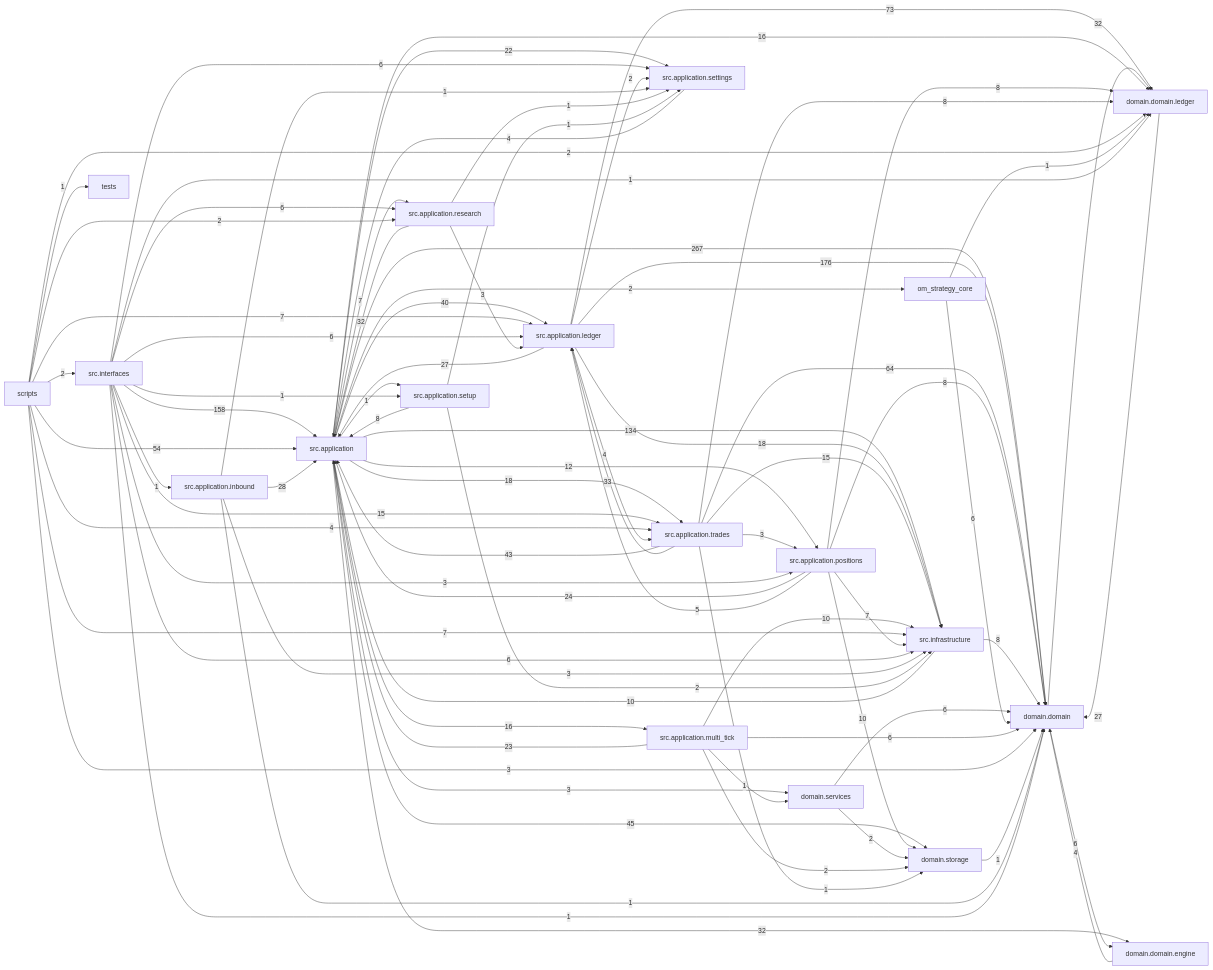
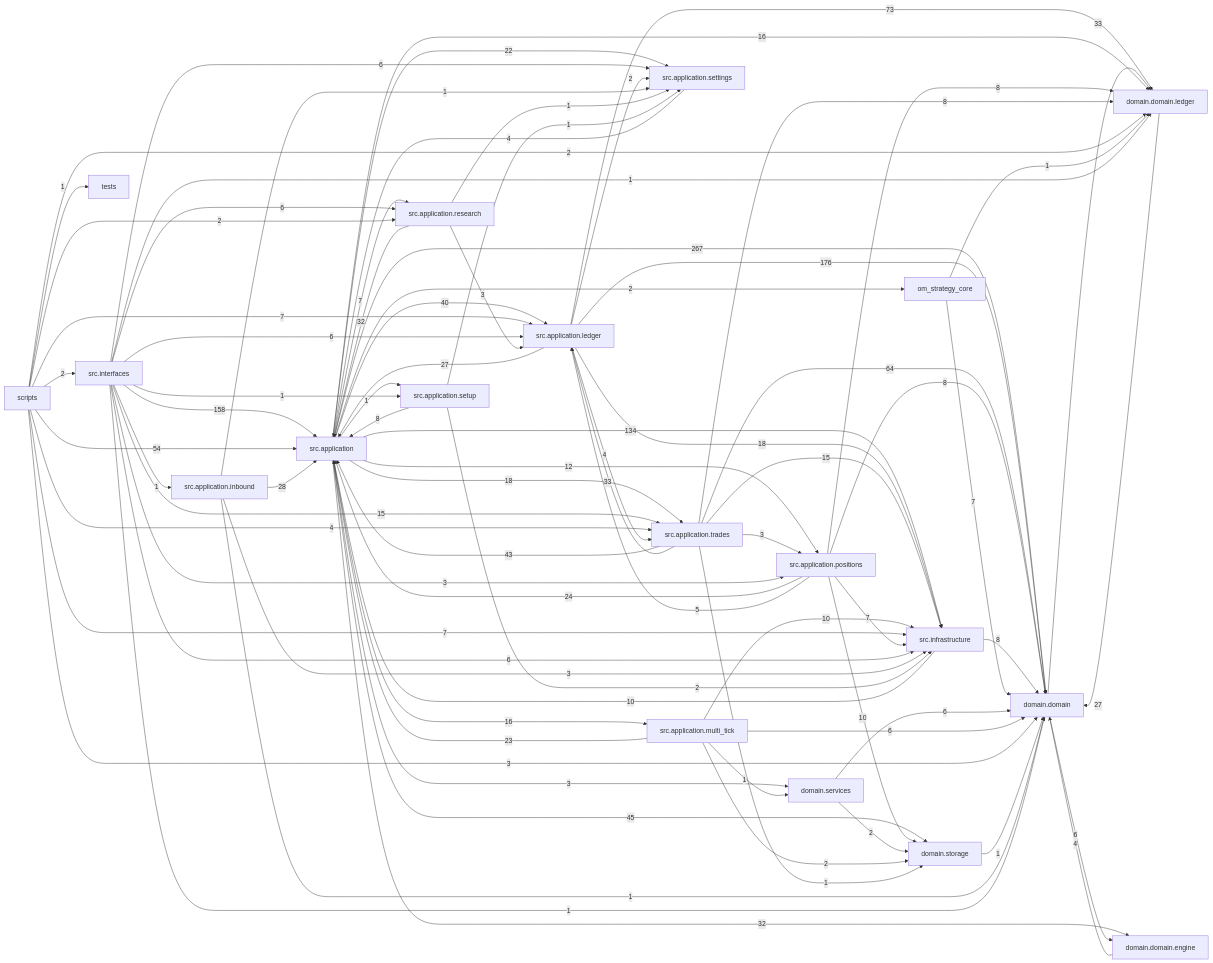
Before and after one commit to liuxie066/options-monitor: the diagram in docs/dependency_graph.mmd, drawn with Mermaid. The commit also changed 6 other files, not shown here.

```diff
--- a/docs/dependency_graph.mmd
+++ b/docs/dependency_graph.mmd
@@ -1,81 +1,81 @@
 flowchart LR
   src_application["src.application"] -->|267| domain_domain["domain.domain"]
   src_application_ledger["src.application.ledger"] -->|176| domain_domain["domain.domain"]
   src_interfaces["src.interfaces"] -->|158| src_application["src.application"]
   src_application["src.application"] -->|134| src_infrastructure["src.infrastructure"]
   src_application_ledger["src.application.ledger"] -->|73| domain_domain_ledger["domain.domain.ledger"]
   src_application_trades["src.application.trades"] -->|64| domain_domain["domain.domain"]
   scripts["scripts"] -->|54| src_application["src.application"]
   src_application["src.application"] -->|45| domain_storage["domain.storage"]
   src_application_trades["src.application.trades"] -->|43| src_application["src.application"]
   src_application["src.application"] -->|40| src_application_ledger["src.application.ledger"]
+  domain_domain["domain.domain"] -->|33| domain_domain_ledger["domain.domain.ledger"]
   src_application_trades["src.application.trades"] -->|33| src_application_ledger["src.application.ledger"]
-  domain_domain["domain.domain"] -->|32| domain_domain_ledger["domain.domain.ledger"]
   src_application["src.application"] -->|32| domain_domain_engine["domain.domain.engine"]
   src_application_research["src.application.research"] -->|32| src_application["src.application"]
   src_application_inbound["src.application.inbound"] -->|28| src_application["src.application"]
   domain_domain_ledger["domain.domain.ledger"] -->|27| domain_domain["domain.domain"]
   src_application_ledger["src.application.ledger"] -->|27| src_application["src.application"]
   src_application_positions["src.application.positions"] -->|24| src_application["src.application"]
   src_application_multi_tick["src.application.multi_tick"] -->|23| src_application["src.application"]
   src_application["src.application"] -->|22| src_application_settings["src.application.settings"]
   src_application["src.application"] -->|18| src_application_trades["src.application.trades"]
   src_application_ledger["src.application.ledger"] -->|18| src_infrastructure["src.infrastructure"]
   src_application["src.application"] -->|16| domain_domain_ledger["domain.domain.ledger"]
   src_application["src.application"] -->|16| src_application_multi_tick["src.application.multi_tick"]
   src_application_trades["src.application.trades"] -->|15| src_infrastructure["src.infrastructure"]
   src_interfaces["src.interfaces"] -->|15| src_application_trades["src.application.trades"]
   src_application["src.application"] -->|12| src_application_positions["src.application.positions"]
   src_application_multi_tick["src.application.multi_tick"] -->|10| src_infrastructure["src.infrastructure"]
   src_application_positions["src.application.positions"] -->|10| domain_storage["domain.storage"]
   src_infrastructure["src.infrastructure"] -->|10| src_application["src.application"]
   src_application_positions["src.application.positions"] -->|8| domain_domain["domain.domain"]
   src_application_positions["src.application.positions"] -->|8| domain_domain_ledger["domain.domain.ledger"]
   src_application_setup["src.application.setup"] -->|8| src_application["src.application"]
   src_application_trades["src.application.trades"] -->|8| domain_domain_ledger["domain.domain.ledger"]
   src_infrastructure["src.infrastructure"] -->|8| domain_domain["domain.domain"]
+  om_strategy_core["om_strategy_core"] -->|7| domain_domain["domain.domain"]
   scripts["scripts"] -->|7| src_application_ledger["src.application.ledger"]
   scripts["scripts"] -->|7| src_infrastructure["src.infrastructure"]
   src_application["src.application"] -->|7| src_application_research["src.application.research"]
   src_application_positions["src.application.positions"] -->|7| src_infrastructure["src.infrastructure"]
   domain_domain["domain.domain"] -->|6| domain_domain_engine["domain.domain.engine"]
   domain_services["domain.services"] -->|6| domain_domain["domain.domain"]
-  om_strategy_core["om_strategy_core"] -->|6| domain_domain["domain.domain"]
   src_application_multi_tick["src.application.multi_tick"] -->|6| domain_domain["domain.domain"]
   src_interfaces["src.interfaces"] -->|6| src_application_ledger["src.application.ledger"]
   src_interfaces["src.interfaces"] -->|6| src_application_research["src.application.research"]
   src_interfaces["src.interfaces"] -->|6| src_application_settings["src.application.settings"]
   src_interfaces["src.interfaces"] -->|6| src_infrastructure["src.infrastructure"]
   src_application_positions["src.application.positions"] -->|5| src_application_ledger["src.application.ledger"]
   domain_domain_engine["domain.domain.engine"] -->|4| domain_domain["domain.domain"]
   scripts["scripts"] -->|4| src_application_trades["src.application.trades"]
   src_application_ledger["src.application.ledger"] -->|4| src_application_trades["src.application.trades"]
   src_application_settings["src.application.settings"] -->|4| src_application["src.application"]
   scripts["scripts"] -->|3| domain_domain["domain.domain"]
   src_application["src.application"] -->|3| domain_services["domain.services"]
   src_application_inbound["src.application.inbound"] -->|3| src_infrastructure["src.infrastructure"]
   src_application_research["src.application.research"] -->|3| src_application_ledger["src.application.ledger"]
   src_application_trades["src.application.trades"] -->|3| src_application_positions["src.application.positions"]
   src_interfaces["src.interfaces"] -->|3| src_application_positions["src.application.positions"]
   domain_services["domain.services"] -->|2| domain_storage["domain.storage"]
   scripts["scripts"] -->|2| domain_domain_ledger["domain.domain.ledger"]
   scripts["scripts"] -->|2| src_application_research["src.application.research"]
   scripts["scripts"] -->|2| src_interfaces["src.interfaces"]
   src_application["src.application"] -->|2| om_strategy_core["om_strategy_core"]
   src_application_ledger["src.application.ledger"] -->|2| src_application_settings["src.application.settings"]
   src_application_multi_tick["src.application.multi_tick"] -->|2| domain_storage["domain.storage"]
   src_application_setup["src.application.setup"] -->|2| src_infrastructure["src.infrastructure"]
   domain_storage["domain.storage"] -->|1| domain_domain["domain.domain"]
   om_strategy_core["om_strategy_core"] -->|1| domain_domain_ledger["domain.domain.ledger"]
   scripts["scripts"] -->|1| tests["tests"]
   src_application["src.application"] -->|1| src_application_setup["src.application.setup"]
   src_application_inbound["src.application.inbound"] -->|1| domain_domain["domain.domain"]
   src_application_inbound["src.application.inbound"] -->|1| src_application_settings["src.application.settings"]
   src_application_multi_tick["src.application.multi_tick"] -->|1| domain_services["domain.services"]
   src_application_research["src.application.research"] -->|1| src_application_settings["src.application.settings"]
   src_application_setup["src.application.setup"] -->|1| src_application_settings["src.application.settings"]
   src_application_trades["src.application.trades"] -->|1| domain_storage["domain.storage"]
   src_interfaces["src.interfaces"] -->|1| domain_domain["domain.domain"]
   src_interfaces["src.interfaces"] -->|1| domain_domain_ledger["domain.domain.ledger"]
   src_interfaces["src.interfaces"] -->|1| src_application_inbound["src.application.inbound"]
   src_interfaces["src.interfaces"] -->|1| src_application_setup["src.application.setup"]
```
